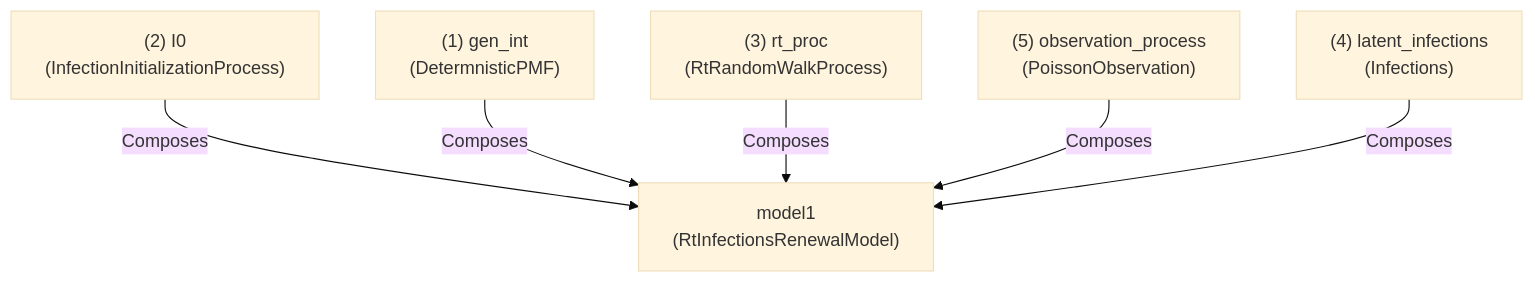
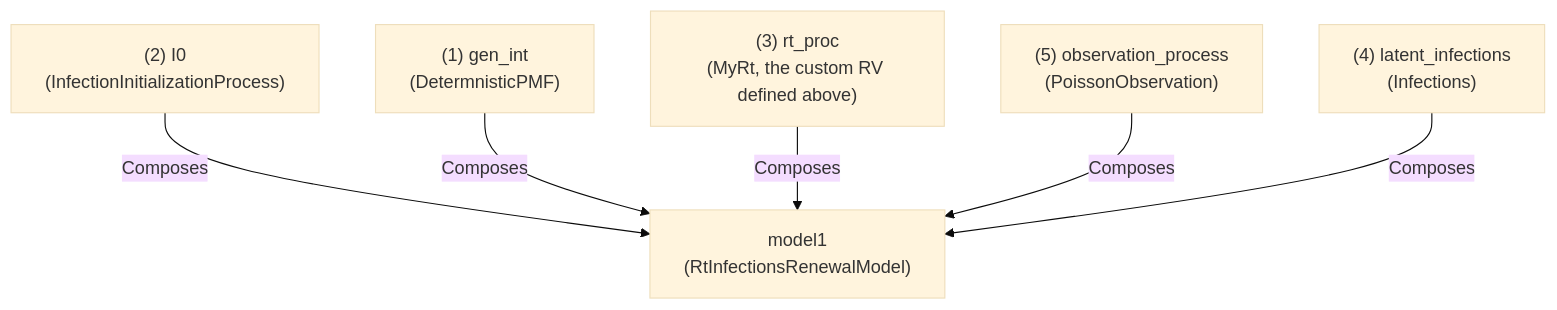
The second of 2 diagrams in docs/source/tutorials/basic_renewal_model.qmd (CDCgov/PyRenew), drawn with Mermaid (base theme) before and after one commit. The commit also changed other lines of this file and 18 other files, not shown here.

Commit message:
188 random walk refactor (#275)

````diff
--- a/docs/source/tutorials/basic_renewal_model.qmd
+++ b/docs/source/tutorials/basic_renewal_model.qmd
@@ -155,18 +184,18 @@
 ```mermaid
 %%| label: overview-of-RtInfectionsRenewalModel
 %%| include: true
 flowchart TB
     genint["(1) gen_int\n(DetermnisticPMF)"]
     i0["(2) I0\n(InfectionInitializationProcess)"]
-    rt["(3) rt_proc\n(RtRandomWalkProcess)"]
+    rt["(3) rt_proc\n(MyRt, the custom RV defined above)"]
     inf["(4) latent_infections\n(Infections)"]
     obs["(5) observation_process\n(PoissonObservation)"]
 
     model1["model1\n(RtInfectionsRenewalModel)"]
 
     i0-->|Composes|model1
     genint-->|Composes|model1
     rt-->|Composes|model1
     obs-->|Composes|model1
     inf-->|Composes|model1
 ```
````
